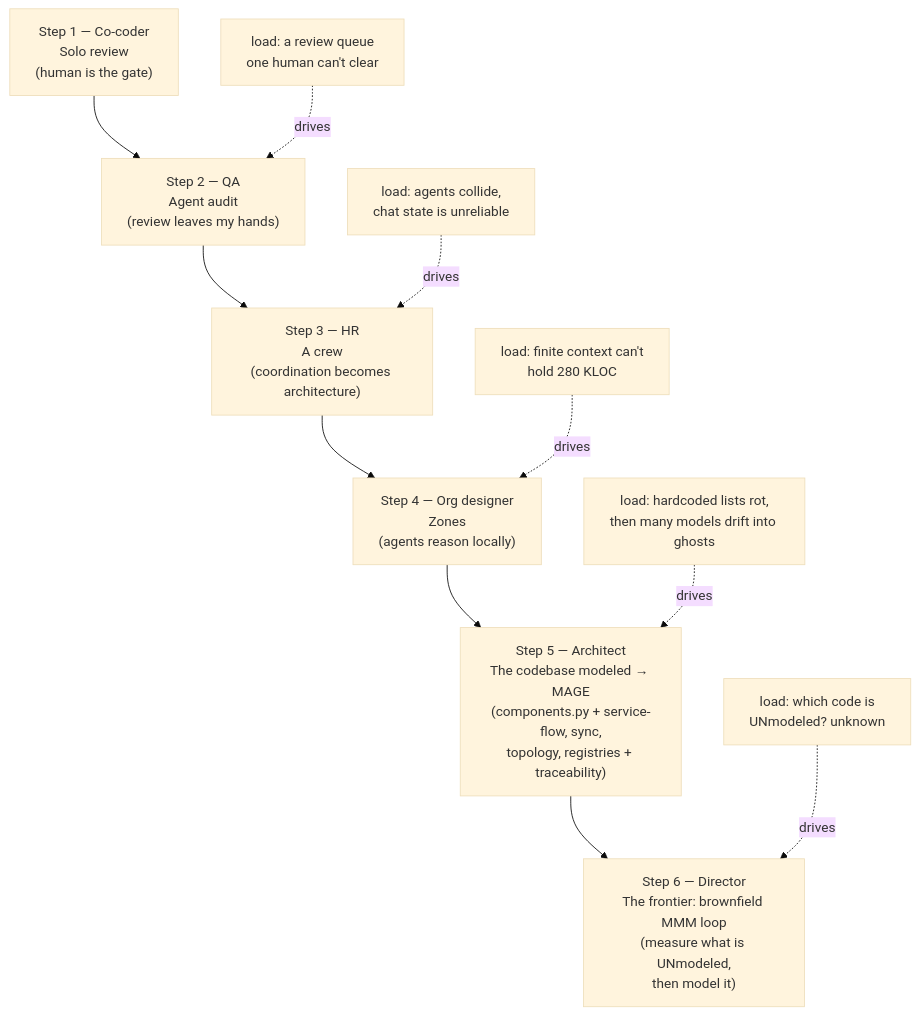
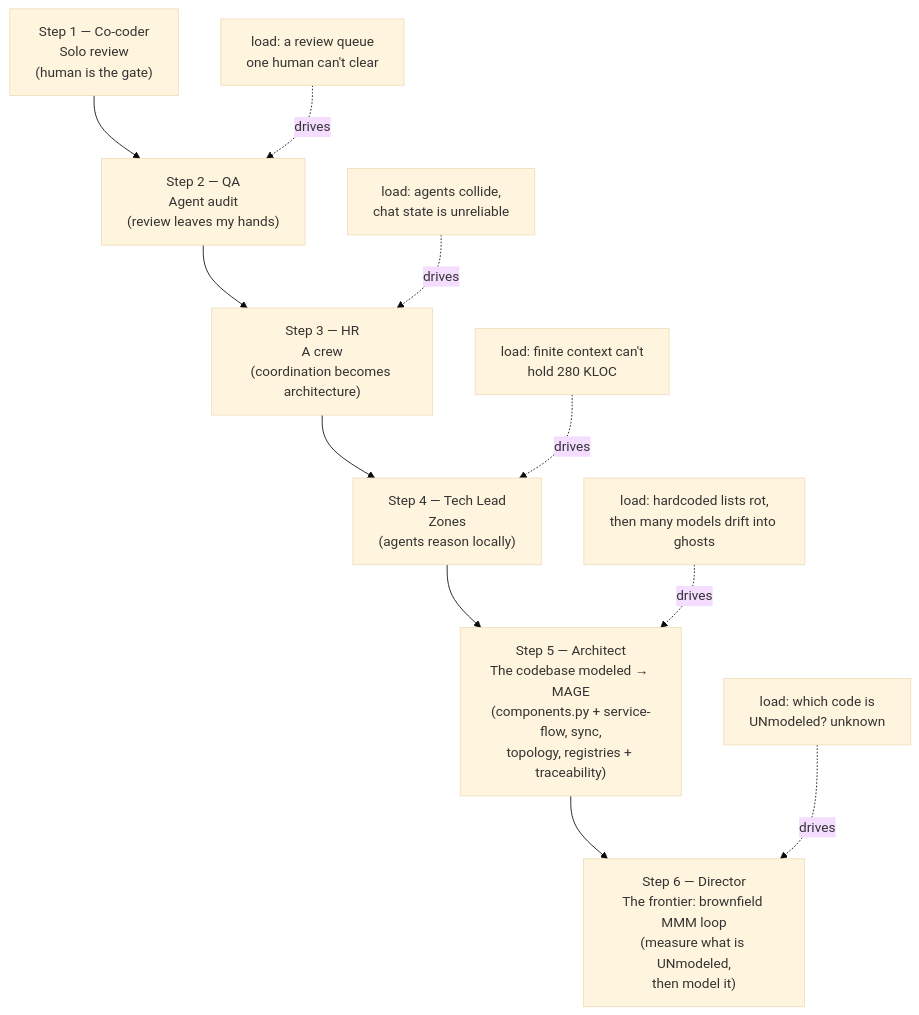
Before and after one commit to davisjam/agent-governance-mechanisms: the diagram in book/part5/5.4-the-road-to-mage.md, drawn with Mermaid (base theme). The commit also changed other lines of this file and 113 other files, not shown here.

Commit message:
book: quick edits — cover ', PhD' + last-updated date; italicize role kickers; 5.4 Org designer->Tech Lead + HR->audit crew (ladder), clearer external_seams comments, Architect intro (never looked at code), affordability rewrite; encode house-style calibration (author 260726 edits) in voice.md

````diff
--- a/book/part5/5.4-the-road-to-mage.md
+++ b/book/part5/5.4-the-road-to-mage.md
@@ -275,14 +276,14 @@
 ```mermaid
 flowchart TD
   S1["Step 1 — Co-coder<br/>Solo review<br/>(human is the gate)"] --> S2
   S2["Step 2 — QA<br/>Agent audit<br/>(review leaves my hands)"] --> S3
   S3["Step 3 — HR<br/>A crew<br/>(coordination becomes architecture)"] --> S4
-  S4["Step 4 — Org designer<br/>Zones<br/>(agents reason locally)"] --> S5
+  S4["Step 4 — Tech Lead<br/>Zones<br/>(agents reason locally)"] --> S5
   S5["Step 5 — Architect<br/>The codebase modeled → MAGE<br/>(components.py + service-flow, sync,<br/>topology, registries + traceability)"] --> S6
   S6["Step 6 — Director<br/>The frontier: brownfield MMM loop<br/>(measure what is UNmodeled,<br/>then model it)"]
   L1["load: a review queue<br/>one human can't clear"] -.drives.-> S2
   L2["load: agents collide,<br/>chat state is unreliable"] -.drives.-> S3
   L3["load: finite context can't<br/>hold 280 KLOC"] -.drives.-> S4
   L4["load: hardcoded lists rot,<br/>then many models drift into ghosts"] -.drives.-> S5
   L5["load: which code is<br/>UNmodeled? unknown"] -.drives.-> S6
 ```
````
